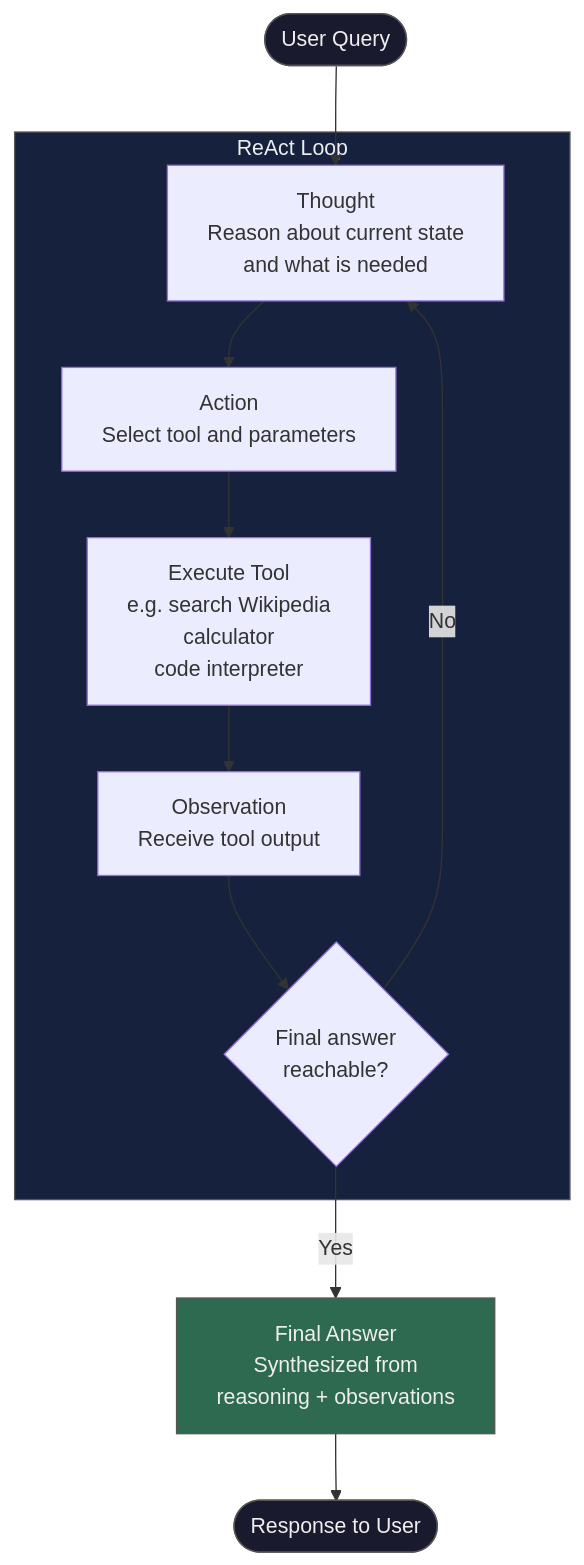
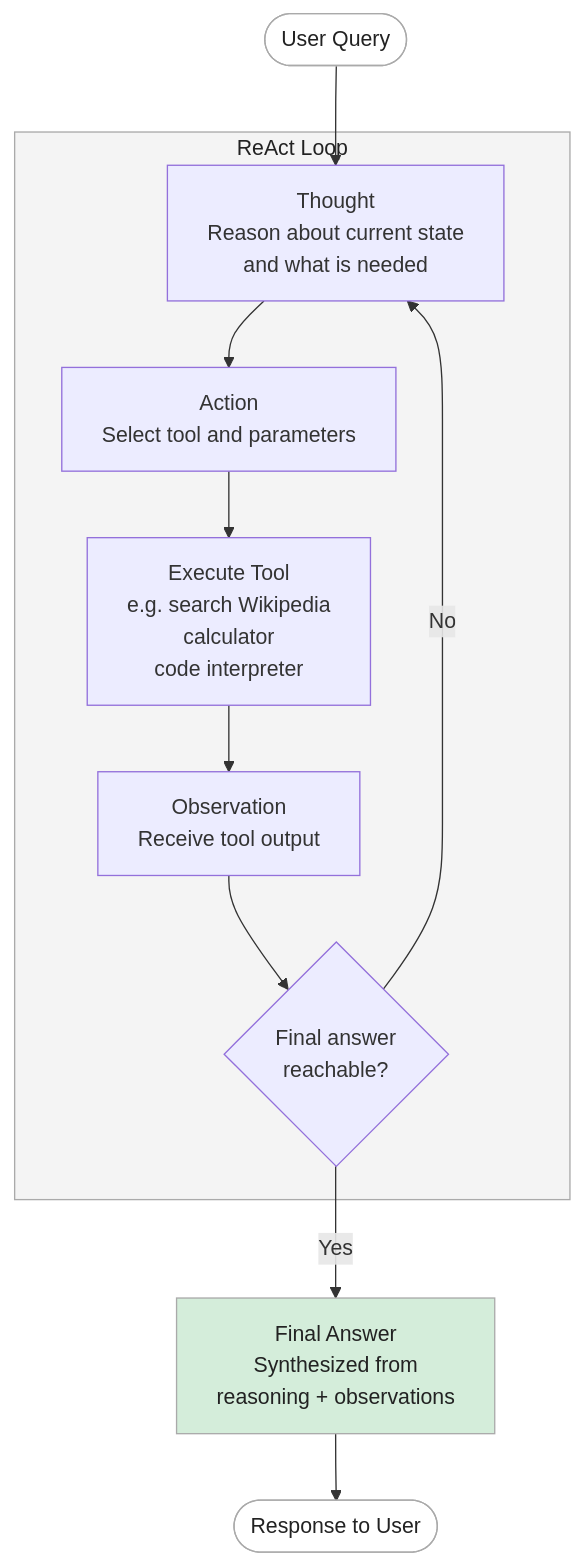
The fifth of 5 diagrams in reasoning/README.md (jylhakos/autonomous-artificial-intelligence), drawn with Mermaid before and after one commit.

Commit message:
Ollama now has the ability to enable or disable thinking.

````diff
--- a/reasoning/README.md
+++ b/reasoning/README.md
@@ -1301,26 +1301,26 @@
 ```mermaid
 flowchart TD
     START([User Query]) --> THINK
 
     subgraph LOOP["ReAct Loop"]
         THINK[Thought\nReason about current state\nand what is needed]
         ACT[Action\nSelect tool and parameters]
         EXEC[Execute Tool\ne.g. search Wikipedia\ncalculator\ncode interpreter]
         OBS[Observation\nReceive tool output]
         CHECK{Final answer\nreachable?}
 
         THINK --> ACT
         ACT --> EXEC
         EXEC --> OBS
         OBS --> CHECK
         CHECK -- No --> THINK
     end
 
     CHECK -- Yes --> FINAL[Final Answer\nSynthesized from\nreasoning + observations]
     FINAL --> END([Response to User])
 
-    style LOOP fill:#16213e,color:#eee,stroke:#555
-    style START fill:#1a1a2e,color:#eee,stroke:#555
-    style END fill:#1a1a2e,color:#eee,stroke:#555
-    style FINAL fill:#2d6a4f,color:#eee,stroke:#555
+    style LOOP fill:#f4f4f4,color:#222,stroke:#aaa
+    style START fill:#ffffff,color:#222,stroke:#aaa
+    style END fill:#ffffff,color:#222,stroke:#aaa
+    style FINAL fill:#d4edda,color:#222,stroke:#aaa
 ```
````
